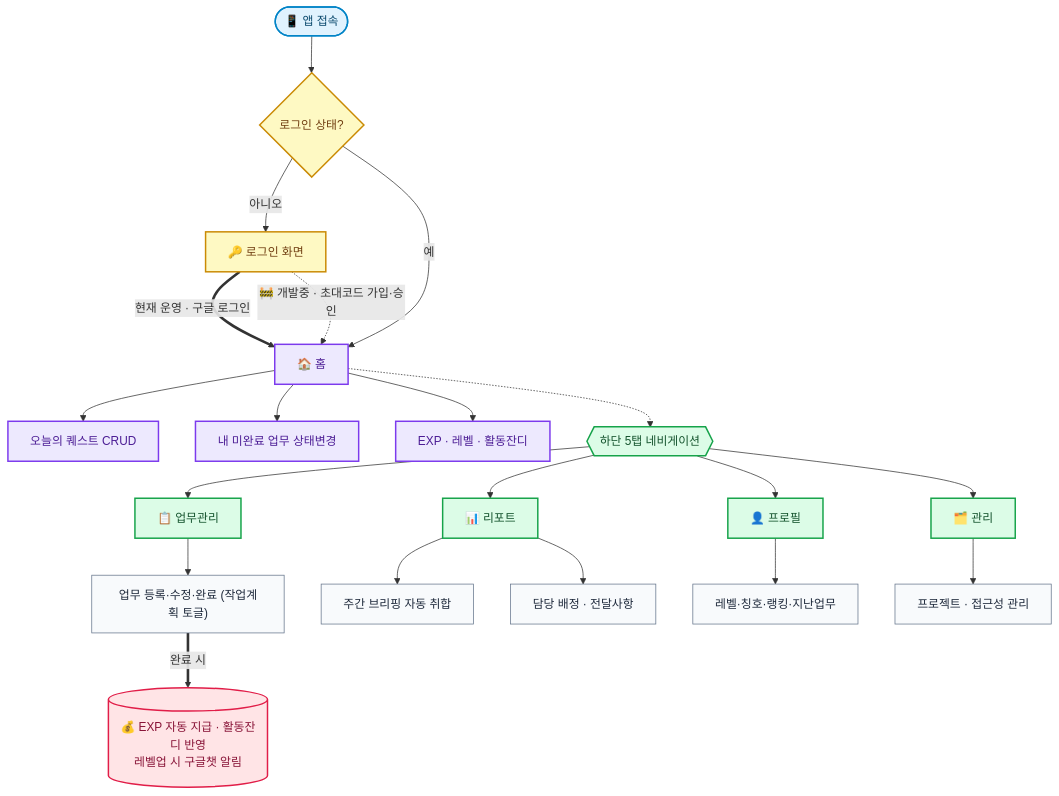
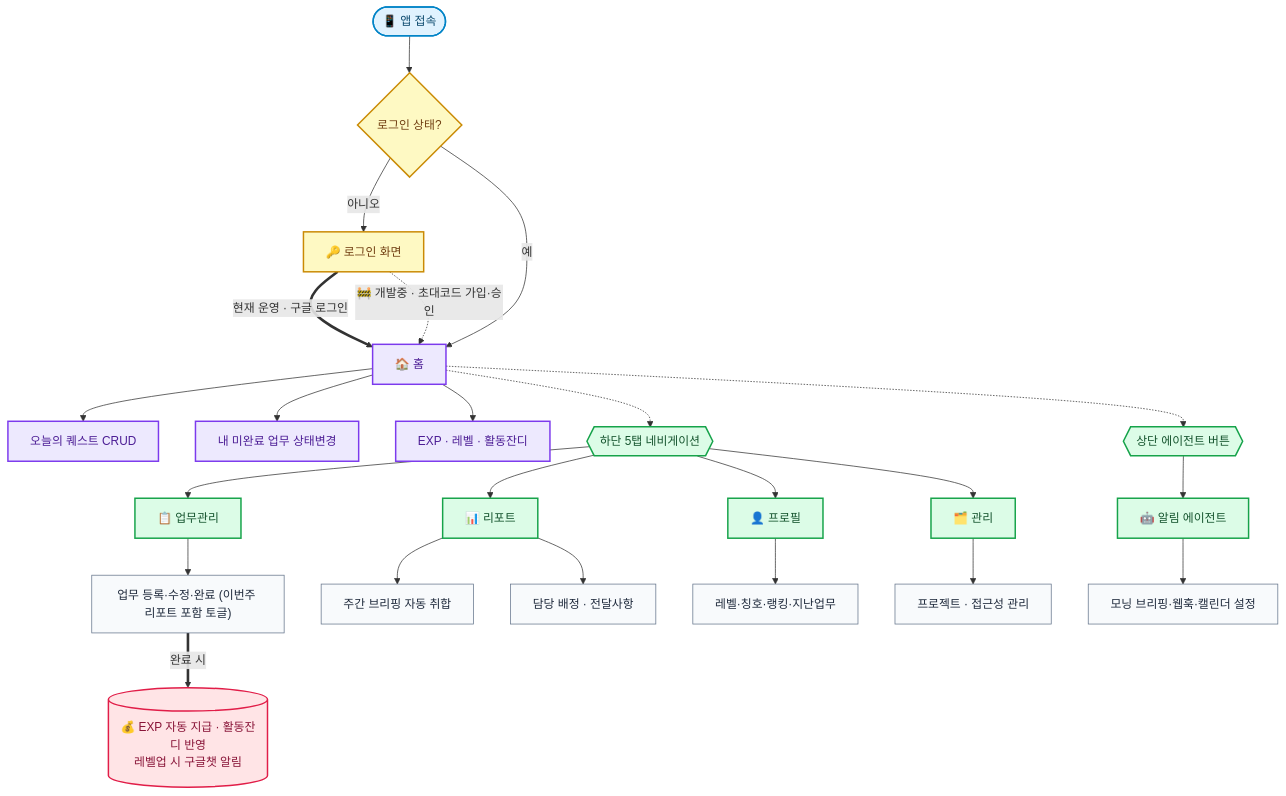
The first of 4 diagrams in README.md (poseybutter/project-alarm-service), drawn with Mermaid before and after one commit. The commit also changed other lines of this file, not shown here.

````diff
--- a/README.md
+++ b/README.md
@@ -19,40 +19,43 @@
 ```mermaid
 flowchart TD
     Start(["📱 앱 접속"]) --> Authed{"로그인 상태?"}
     Authed -->|"아니오"| Login["🔑 로그인 화면"]
     Login ==>|"현재 운영 · 구글 로그인"| Home
     Login -.->|"🚧 개발중 · 초대코드 가입·승인"| Home
     Authed -->|"예"| Home
 
     Home["🏠 홈"]
     Home --> H1["오늘의 퀘스트 CRUD"]
     Home --> H2["내 미완료 업무 상태변경"]
     Home --> H3["EXP · 레벨 · 활동잔디"]
 
     Home -.-> Nav{{"하단 5탭 네비게이션"}}
+    Home -.-> AgentBtn{{"상단 에이전트 버튼"}}
     Nav --> Tasks["📋 업무관리"]
     Nav --> Report["📊 리포트"]
     Nav --> Profile["👤 프로필"]
     Nav --> Manage["🗂️ 관리"]
+    AgentBtn --> Agents["🤖 알림 에이전트"]
 
-    Tasks --> T1["업무 등록·수정·완료 (작업계획 토글)"]
+    Tasks --> T1["업무 등록·수정·완료 (이번주 리포트 포함 토글)"]
     T1 ==>|"완료 시"| Exp[("💰 EXP 자동 지급 · 활동잔디 반영<br/>레벨업 시 구글챗 알림")]
     Report --> R1["주간 브리핑 자동 취합"]
     Report --> R2["담당 배정 · 전달사항"]
     Profile --> P1["레벨·칭호·랭킹·지난업무"]
     Manage --> M1["프로젝트 · 접근성 관리"]
+    Agents --> A1["모닝 브리핑·웹훅·캘린더 설정"]
 
     classDef entry fill:#e0f2fe,stroke:#0284c7,color:#0c4a6e,stroke-width:2px;
     classDef auth fill:#fef9c3,stroke:#ca8a04,color:#713f12,stroke-width:2px;
     classDef home fill:#ede9fe,stroke:#7c3aed,color:#4c1d95,stroke-width:2px;
     classDef tab fill:#dcfce7,stroke:#16a34a,color:#14532d,stroke-width:2px;
     classDef reward fill:#ffe4e6,stroke:#e11d48,color:#881337,stroke-width:2px;
     classDef feat fill:#f8fafc,stroke:#64748b,color:#1e293b;
 
     class Start entry;
     class Login,Authed auth;
     class Home,H1,H2,H3 home;
-    class Nav,Tasks,Report,Profile,Manage tab;
+    class Nav,AgentBtn,Tasks,Report,Profile,Manage,Agents tab;
     class Exp reward;
-    class T1,R1,R2,P1,M1 feat;
+    class T1,R1,R2,P1,M1,A1 feat;
 ```
````
